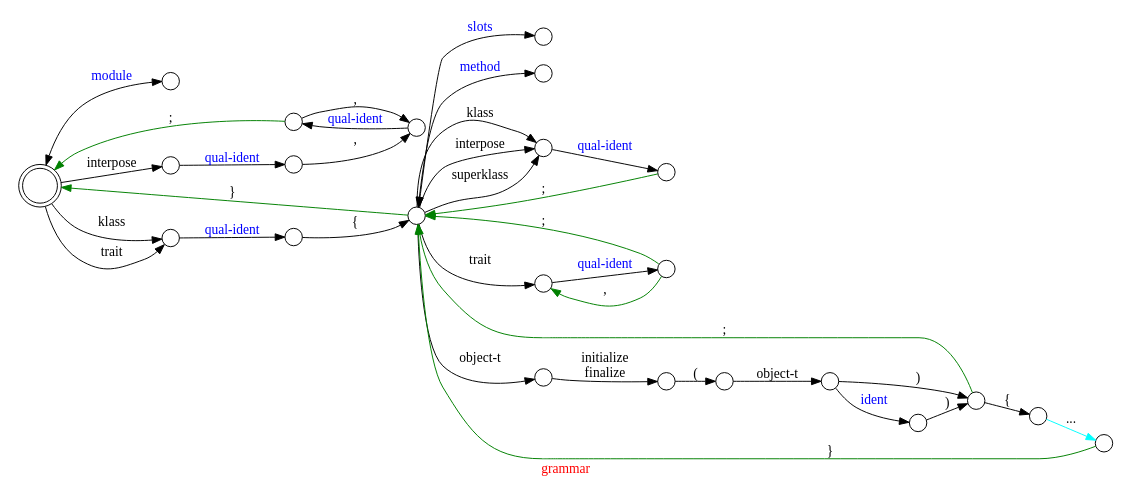
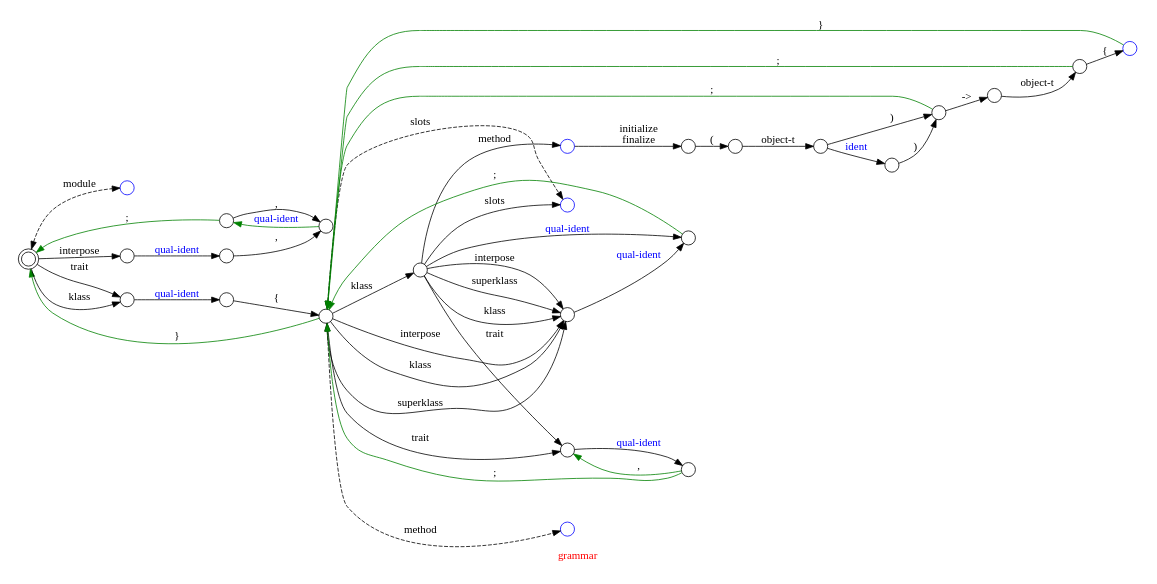
One commit to Ayyzee/dakota changed the diagram in doc/grammar.dot. Above: the diagram before and after it, drawn with Graphviz.

Commit message:
Added to grammar ability to specifiy klass features within a klass (like klass method or klass slots or ...).

```diff
--- a/doc/grammar.dot
+++ b/doc/grammar.dot
@@ -1,66 +1,81 @@
 // Copyright (C) 2007, 2008, 2009 Robert Nielsen <robert@dakota.org>
 //
 // Licensed under the Apache License, Version 2.0 (the "License");
 // you may not use this file except in compliance with the License.
 // You may obtain a copy of the License at
 //
 //      http://www.apache.org/licenses/LICENSE-2.0
 //
 // Unless required by applicable law or agreed to in writing, software
 // distributed under the License is distributed on an "AS IS" BASIS,
 // WITHOUT WARRANTIES OR CONDITIONS OF ANY KIND, either express or implied.
 // See the License for the specific language governing permissions and
 // limitations under the License.
 
 digraph "grammar"
 {
   graph [ label = "\G", fontcolor = red ];
   graph [ rankdir = LR, center = true ];
   graph [ page = "8.5,11", size = "7.5,10", margin = 0.125 ];
-//   graph [ concentrate = true ];
+  node [ label = "", width = 0.25 ];
+
   node [ shape = circle ];
 
   "dakota" [ label = "", shape = doublecircle, fontcolor = blue ];
+  100 [ color = blue ];
+  163 [ color = blue ];
+  168 [ color = blue ];
+  470 [ color = blue ];
+  490 [ color = blue ];
 
-  node [ label = "", width = 0.25 ];
-
-  "dakota" -> 100 [ label = "module", dir = both, fontcolor = blue ];
+  "dakota" -> 100 [ label = "module", dir = both, style = dashed ];
   "dakota" -> 140 [ label = ";", dir = back, color = green ];
   "dakota" -> 160 [ label = "}", dir = back, color = green ];
 
   "dakota" -> 133 [ label = "interpose" ];
   "dakota" -> 150 [ label = "klass" ];
   "dakota" -> 150 [ label = "trait" ];
   133 -> 137 [ label = "qual-ident", fontcolor = blue ];
   137 -> 138 [ label = "," ];
-  138 -> 140 [ label = "qual-ident", fontcolor = blue ];
+  138 -> 140 [ label = "qual-ident", fontcolor = blue, color = green ];
   140 -> 138 [ label = "," ];
   150 -> 155 [ label = "qual-ident", fontcolor = blue ];
   155 -> 160 [ label = "{" ];
-  160 -> 163 [ label = "slots", fontcolor = blue, dir = both ];
-  160 -> 167 [ label = "method", fontcolor = blue, dir = both ];
+  160 -> 163 [ label = "slots", dir = both, style = dashed ];
+  171 -> 163 [ label = "slots" ];
+  171 -> 170 [ label = "interpose" ];
+  171 -> 170 [ label = "superklass" ];
+  171 -> 170 [ label = "klass" ];
+  160 -> 168 [ label = "method", dir = both, style = dashed ];
   160 -> 170 [ label = "superklass" ];
+  160 -> 171 [ label = "klass" ];
+  160 -> 170 [ label = "interpose" ];
   160 -> 170 [ label = "klass" ];
-  160 -> 170 [ label = "interpose" ];
   160 -> 270 [ label = "trait" ];
+  171 -> 270 [ label = "trait" ];
   170 -> 180 [ label = "qual-ident", fontcolor = blue ];
+  171 -> 490 [ label = "method" ];
+  171 -> 180 [ label = "qual-ident", fontcolor = blue ];
   270 -> 280 [ label = "qual-ident", fontcolor = blue ];
-  460 -> 470 [ label = "{" ];
-  470 -> 480 [ label = "...", color = cyan ];
+  460 -> 462 [ label = "->" ];
+  462 -> 464 [ label = "object-t" ];
+  464 -> 160 [ label = ";", color = green ];
+  464 -> 470 [ label = "{" ];
 
-  160 -> 490 [ label = "object-t" ];
   490 -> 500 [ label = "initialize\nfinalize" ];
   500 -> 510 [ label = "(" ];
   510 -> 520 [ label = "object-t" ];
   520 -> 530 [ label = "ident", fontcolor = blue ];
   520 -> 460 [ label = ")" ];
   530 -> 460 [ label = ")" ];
 
-  480 -> 160 [ label = "}", color = green ];
+  470 -> 160 [ label = "}", color = green ];
 
   180 -> 160 [ label = ";", color = green ];
   280 -> 160 [ label = ";", color = green ];
   460 -> 160 [ label = ";", color = green ];
 
   280 -> 270 [ label = ",", color = green ];
+
+  subgraph { graph [ rank = same ]; 168; 490; }
 }
```
